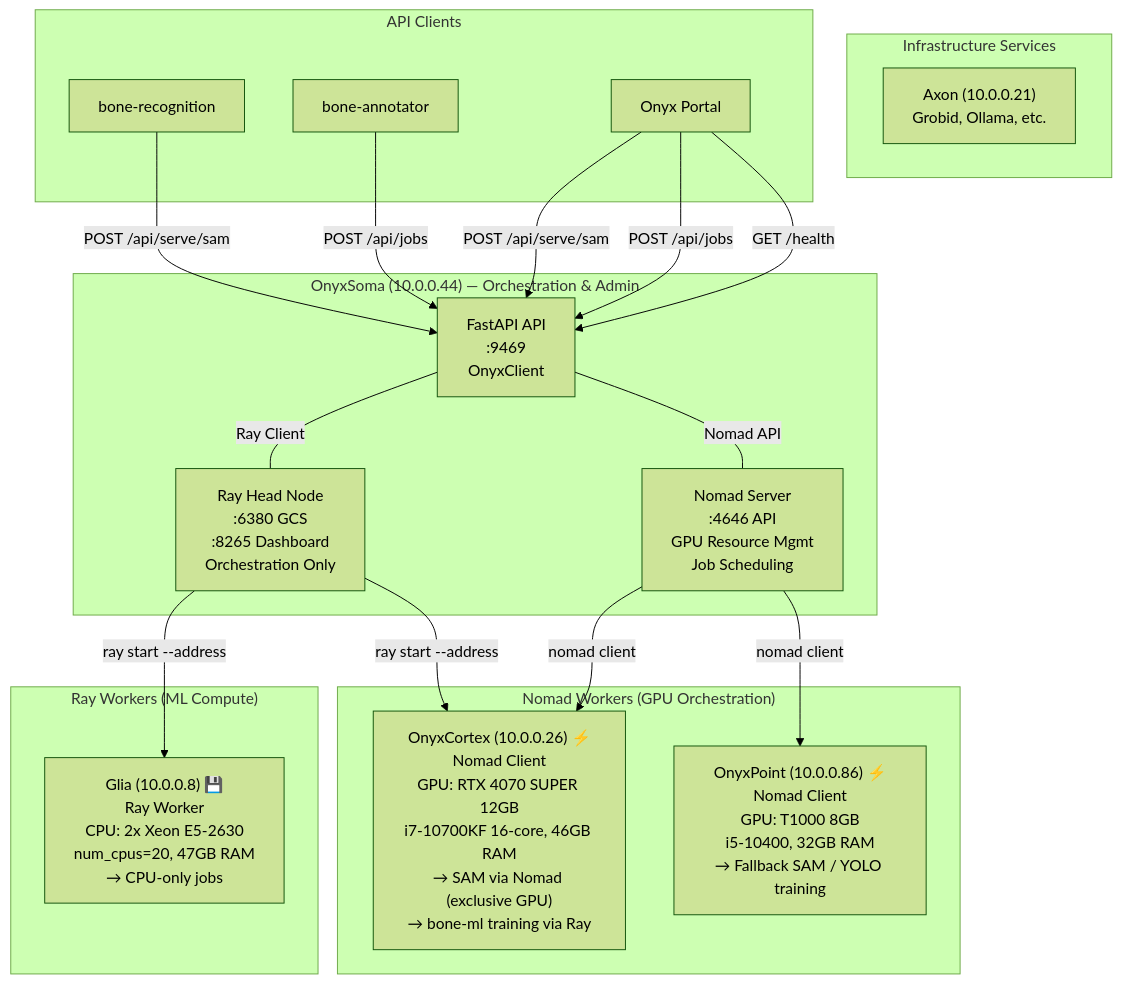
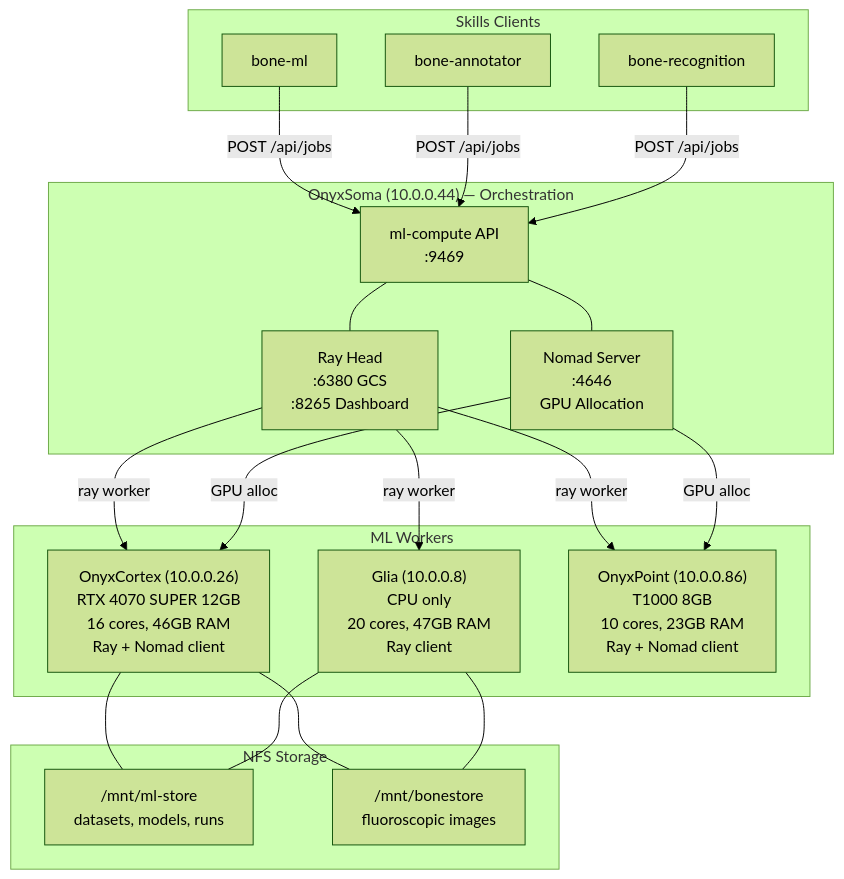
Before and after one commit to VersoVet/ml-compute: the first of 4 diagrams in DIAGRAM.md, drawn with Mermaid (forest theme). The commit also changed other lines of this file and 3 other files, not shown here.

First line of the commit message:
docs: rewrite MD files — clarify scope, isolate SAM in bone-annotator

````diff
--- a/DIAGRAM.md
+++ b/DIAGRAM.md
@@ -5,40 +5,42 @@
 ```mermaid
 graph TB
-    subgraph Soma["OnyxSoma (10.0.0.44) — Orchestration & Admin"]
-        API["FastAPI API<br/>:9469<br/>OnyxClient"]
-        RayHead["Ray Head Node<br/>:6380 GCS<br/>:8265 Dashboard<br/>Orchestration Only"]
-        NomadHead["Nomad Server<br/>:4646 API<br/>GPU Resource Mgmt<br/>Job Scheduling"]
-        API ---|Ray Client| RayHead
-        API ---|Nomad API| NomadHead
+    subgraph Soma["OnyxSoma (10.0.0.44) — Orchestration"]
+        API["ml-compute API<br/>:9469"]
+        RayHead["Ray Head<br/>:6380 GCS<br/>:8265 Dashboard"]
+        NomadServer["Nomad Server<br/>:4646<br/>GPU Allocation"]
+        API --- RayHead
+        API --- NomadServer
     end
 
-    subgraph NomadWorkers["Nomad Workers (GPU Orchestration)"]
-        Cortex["OnyxCortex (10.0.0.26) ⚡<br/>Nomad Client<br/>GPU: RTX 4070 SUPER 12GB<br/>i7-10700KF 16-core, 46GB RAM<br/>→ SAM via Nomad (exclusive GPU)<br/>→ bone-ml training via Ray"]
-        OP["OnyxPoint (10.0.0.86) ⚡<br/>Nomad Client<br/>GPU: T1000 8GB<br/>i5-10400, 32GB RAM<br/>→ Fallback SAM / YOLO training"]
+    subgraph Workers["ML Workers"]
+        Cortex["OnyxCortex (10.0.0.26)<br/>RTX 4070 SUPER 12GB<br/>16 cores, 46GB RAM<br/>Ray + Nomad client"]
+        Glia["Glia (10.0.0.8)<br/>CPU only<br/>20 cores, 47GB RAM<br/>Ray client"]
+        OPoint["OnyxPoint (10.0.0.86)<br/>T1000 8GB<br/>10 cores, 23GB RAM<br/>Ray + Nomad client"]
     end
 
-    subgraph RayWorkers["Ray Workers (ML Compute)"]
-        Glia["Glia (10.0.0.8) 💾<br/>Ray Worker<br/>CPU: 2x Xeon E5-2630<br/>num_cpus=20, 47GB RAM<br/>→ CPU-only jobs"]
+    subgraph Storage["NFS Storage"]
+        MLStore["/mnt/ml-store<br/>datasets, models, runs"]
+        BoneStore["/mnt/bonestore<br/>fluoroscopic images"]
     end
 
-    subgraph Infrastructure["Infrastructure Services"]
-        Axon["Axon (10.0.0.21)<br/>Grobid, Ollama, etc."]
-    end
+    RayHead -->|ray worker| Cortex
+    RayHead -->|ray worker| Glia
+    RayHead -->|ray worker| OPoint
+    NomadServer -->|GPU alloc| Cortex
+    NomadServer -->|GPU alloc| OPoint
 
-    NomadHead -->|nomad client| Cortex
-    NomadHead -->|nomad client| OP
-    RayHead -->|ray start --address| Cortex
-    RayHead -->|ray start --address| Glia
+    Cortex --- MLStore
+    Cortex --- BoneStore
+    Glia --- MLStore
+    Glia --- BoneStore
 
-    subgraph Clients["API Clients"]
-        Portal["Onyx Portal"]
-        BoneML["bone-annotator"]
+    subgraph Clients["Skills Clients"]
+        BoneML["bone-ml"]
+        BoneAnnotator["bone-annotator"]
         BoneRec["bone-recognition"]
     end
 
-    Portal -->|GET /health| API
-    Portal -->|POST /api/jobs| API
-    Portal -->|POST /api/serve/sam| API
     BoneML -->|POST /api/jobs| API
-    BoneRec -->|POST /api/serve/sam| API
+    BoneAnnotator -->|POST /api/jobs| API
+    BoneRec -->|POST /api/jobs| API
 ```
````
